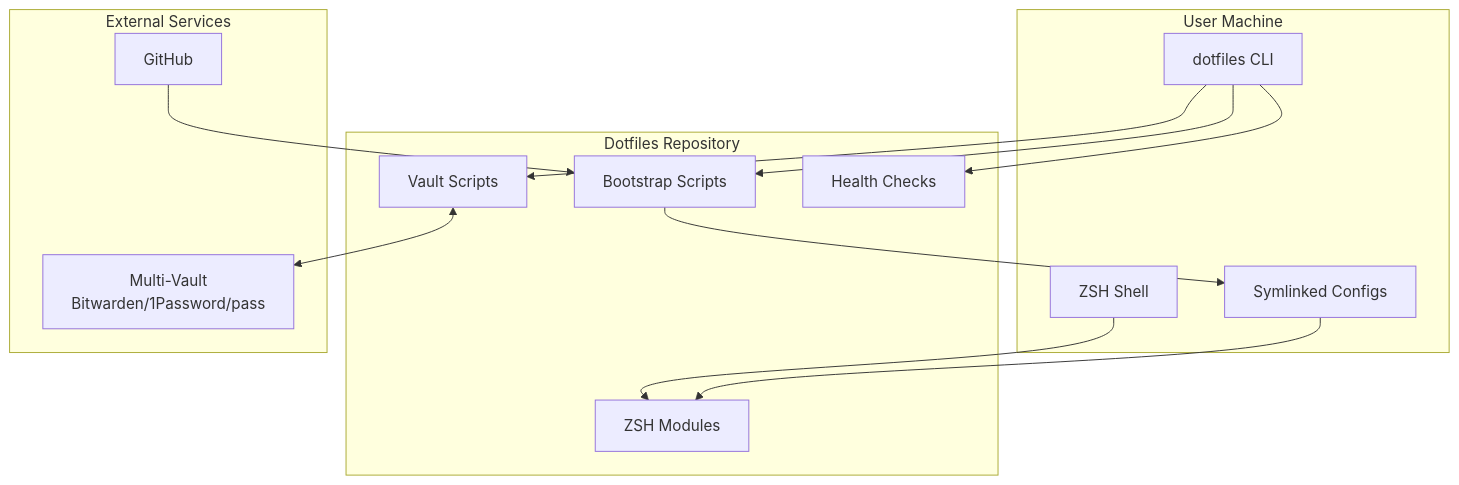
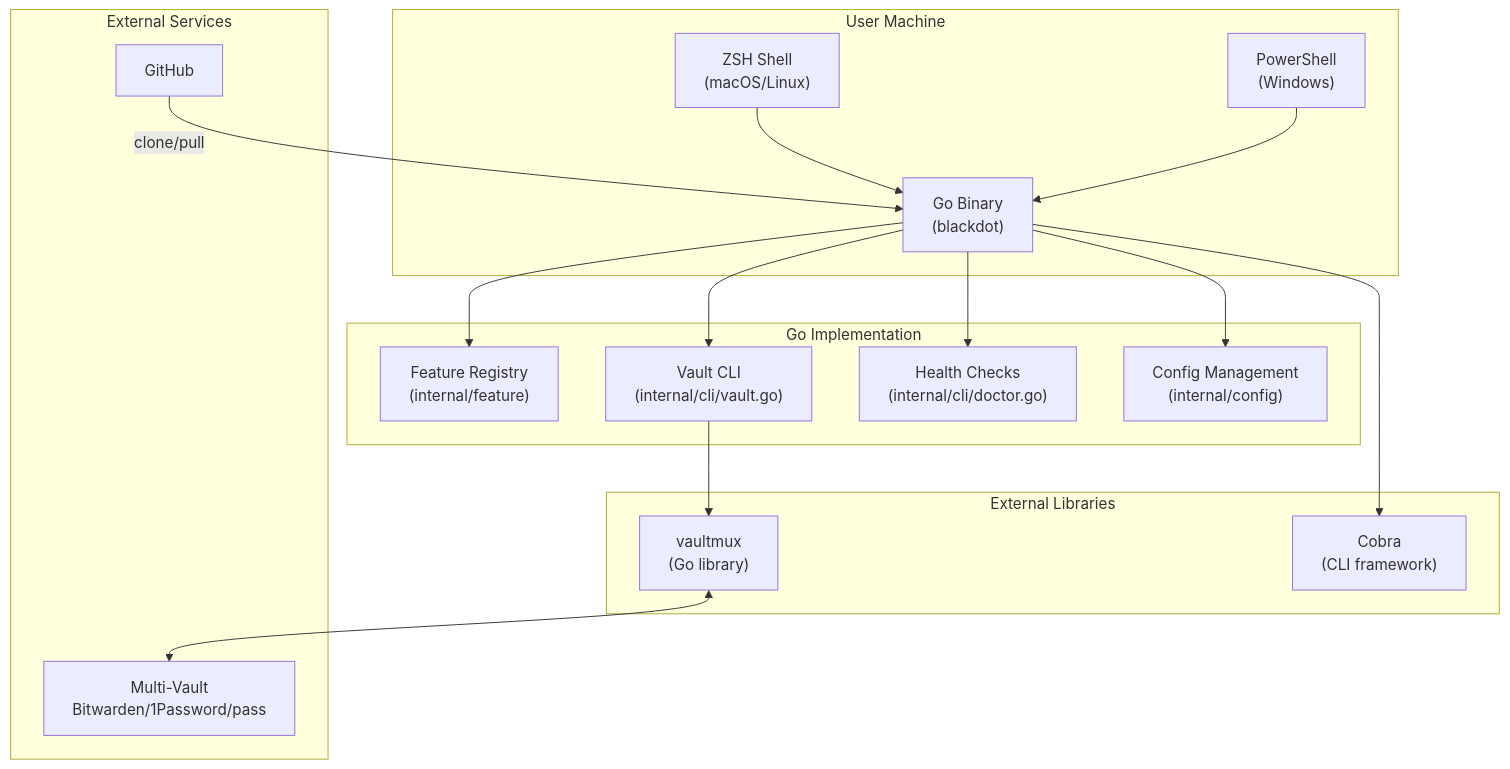
The first of 10 diagrams in docs/architecture.md (blackwell-systems/blackdot), drawn with Mermaid before and after one commit. The commit also changed other lines of this file and 1 other file, not shown here.

First line of the commit message:
docs: Update CLAUDE.md and architecture.md to reflect Go-first architecture

````diff
--- a/docs/architecture.md
+++ b/docs/architecture.md
@@ -22,30 +20,39 @@
 ```mermaid
 graph TB
     subgraph "User Machine"
-        CLI[dotfiles CLI]
-        ZSH[ZSH Shell]
-        SYMLINKS[Symlinked Configs]
+        CLI["Go Binary<br/>(blackdot)"]
+        ZSH["ZSH Shell<br/>(macOS/Linux)"]
+        PS["PowerShell<br/>(Windows)"]
     end
 
-    subgraph "Dotfiles Repository"
-        BOOTSTRAP[Bootstrap Scripts]
-        VAULT_SCRIPTS[Vault Scripts]
-        DOCTOR[Health Checks]
-        ZSHD[ZSH Modules]
+    subgraph "Go Implementation"
+        FEATURES["Feature Registry<br/>(internal/feature)"]
+        VAULT["Vault CLI<br/>(internal/cli/vault.go)"]
+        DOCTOR["Health Checks<br/>(internal/cli/doctor.go)"]
+        CONFIG["Config Management<br/>(internal/config)"]
+    end
+
+    subgraph "External Libraries"
+        VAULTMUX["vaultmux<br/>(Go library)"]
+        COBRA["Cobra<br/>(CLI framework)"]
     end
 
     subgraph "External Services"
         VAULT_BACKEND["Multi-Vault<br/>Bitwarden/1Password/pass"]
         GH[GitHub]
     end
 
+    CLI --> FEATURES
+    CLI --> VAULT
     CLI --> DOCTOR
-    CLI --> VAULT_SCRIPTS
-    CLI --> BOOTSTRAP
-    ZSH --> ZSHD
-    SYMLINKS --> ZSHD
+    CLI --> CONFIG
 
-    VAULT_SCRIPTS <--> VAULT_BACKEND
-    BOOTSTRAP --> SYMLINKS
-    GH --> BOOTSTRAP
+    ZSH --> CLI
+    PS --> CLI
+
+    VAULT --> VAULTMUX
+    VAULTMUX <--> VAULT_BACKEND
+    CLI --> COBRA
+
+    GH -->|clone/pull| CLI
 ```
````
